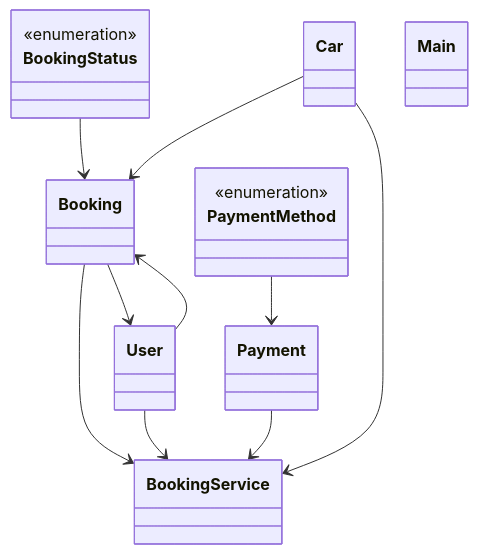
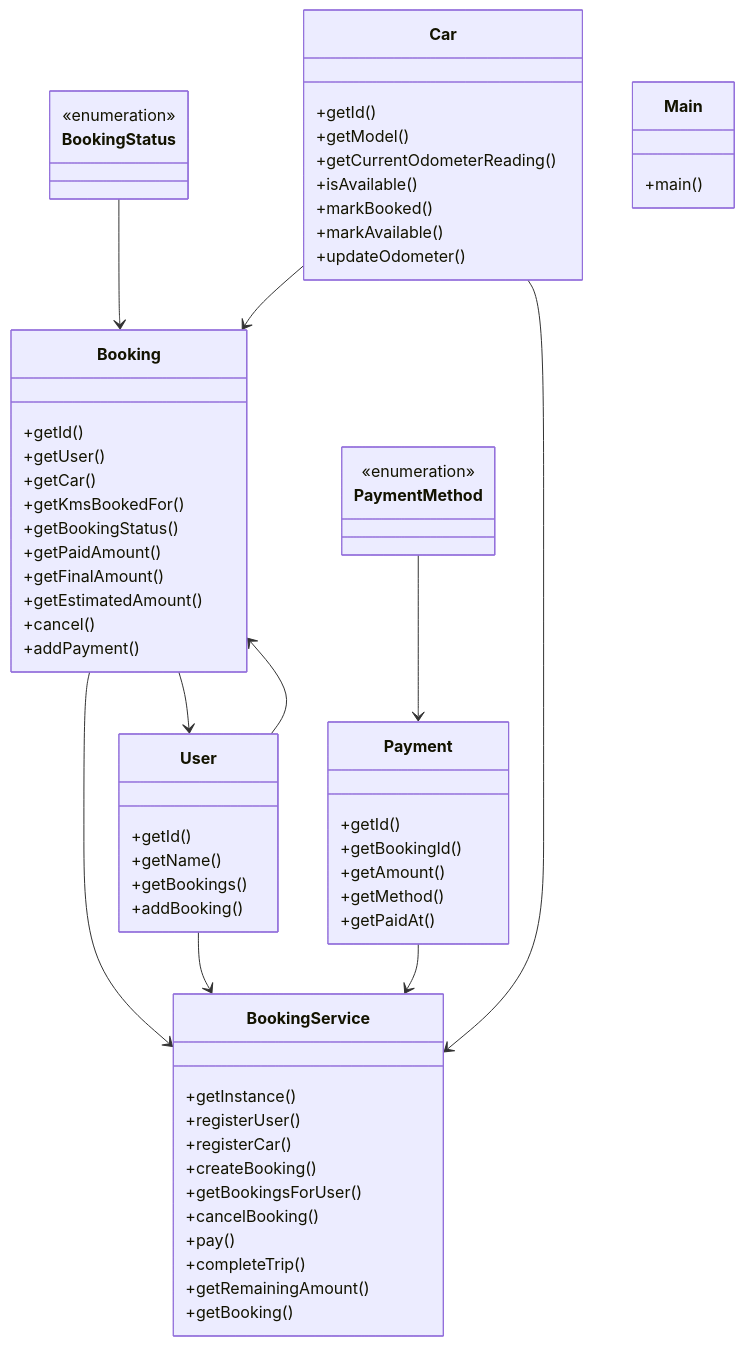
Before and after one commit to amanjaiswal30/dsa-solutions: the diagram in questions/low_level_design/14_car_rental_system_lld.md, drawn with Mermaid. The commit also changed other lines of this file and 210 other files, not shown here.

````diff
--- a/questions/low_level_design/14_car_rental_system_lld.md
+++ b/questions/low_level_design/14_car_rental_system_lld.md
@@ -52,24 +52,67 @@
 ```mermaid
 classDiagram
-    class Booking
-    class BookingService
+    class Booking {
+        +getId()
+        +getUser()
+        +getCar()
+        +getKmsBookedFor()
+        +getBookingStatus()
+        +getPaidAmount()
+        +getFinalAmount()
+        +getEstimatedAmount()
+        +cancel()
+        +addPayment()
+    }
+    class BookingService {
+        +getInstance()
+        +registerUser()
+        +registerCar()
+        +createBooking()
+        +getBookingsForUser()
+        +cancelBooking()
+        +pay()
+        +completeTrip()
+        +getRemainingAmount()
+        +getBooking()
+    }
     class BookingStatus {
         <<enumeration>>
     }
-    class Car
-    class Main
-    class Payment
+    class Car {
+        +getId()
+        +getModel()
+        +getCurrentOdometerReading()
+        +isAvailable()
+        +markBooked()
+        +markAvailable()
+        +updateOdometer()
+    }
+    class Main {
+        +main()
+    }
+    class Payment {
+        +getId()
+        +getBookingId()
+        +getAmount()
+        +getMethod()
+        +getPaidAt()
+    }
     class PaymentMethod {
         <<enumeration>>
     }
-    class User
+    class User {
+        +getId()
+        +getName()
+        +getBookings()
+        +addBooking()
+    }
     BookingStatus --> Booking
     Car --> Booking
     User --> Booking
     Booking --> BookingService
     Car --> BookingService
     Payment --> BookingService
     User --> BookingService
     PaymentMethod --> Payment
     Booking --> User
 ```
````
